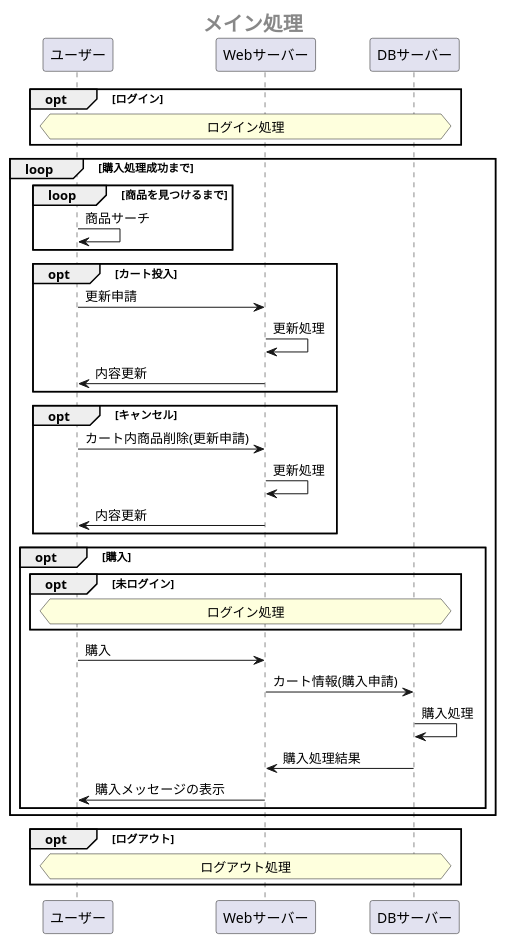
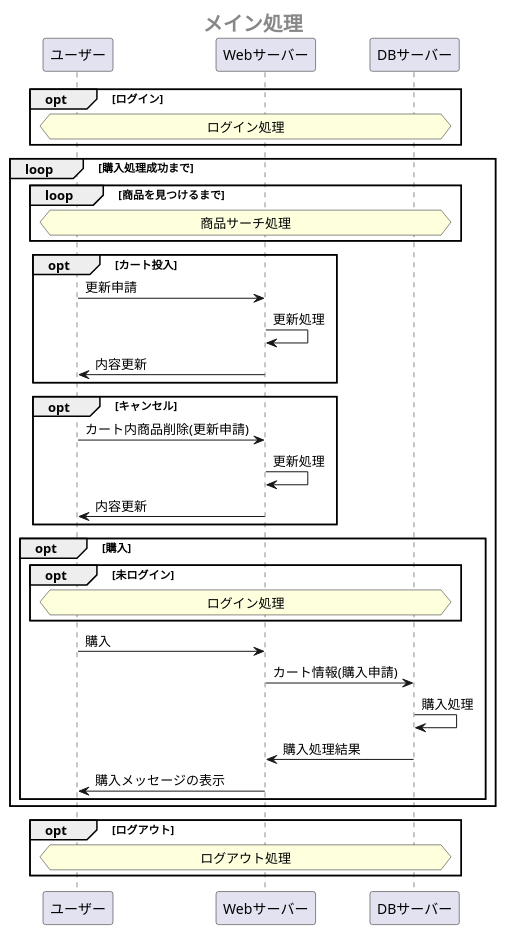
The first of 4 diagrams in sample/OperationFrow.md (Aso2001385/2021sys-design), drawn with PlantUML before and after one commit.

````diff
--- a/sample/OperationFrow.md
+++ b/sample/OperationFrow.md
@@ -1,42 +1,42 @@
 ```uml 
 @startuml 
  center header <size:20><b>メイン処理</b></size>
 
  opt ログイン
   hnote across: ログイン処理
  end
 
  loop 購入処理成功まで
   loop 商品を見つけるまで
-   ユーザー -> ユーザー:商品サーチ
+   hnote across: 商品サーチ処理
   end
 
   opt カート投入
    ユーザー -> Webサーバー:更新申請
    Webサーバー -> Webサーバー:更新処理
    Webサーバー ->ユーザー:内容更新
   end
   opt キャンセル
    ユーザー -> Webサーバー:カート内商品削除(更新申請)
    Webサーバー -> Webサーバー:更新処理
    Webサーバー ->ユーザー:内容更新
   end
 
   opt 購入
    opt 未ログイン
      hnote across: ログイン処理
    end
    ユーザー -> Webサーバー:購入
    Webサーバー -> DBサーバー:カート情報(購入申請)
    DBサーバー -> DBサーバー:購入処理
    DBサーバー -> Webサーバー:購入処理結果
    Webサーバー ->ユーザー:購入メッセージの表示
   end
 
  end
 
  opt ログアウト
   hnote across: ログアウト処理
  end
 @enduml
 ```
````
